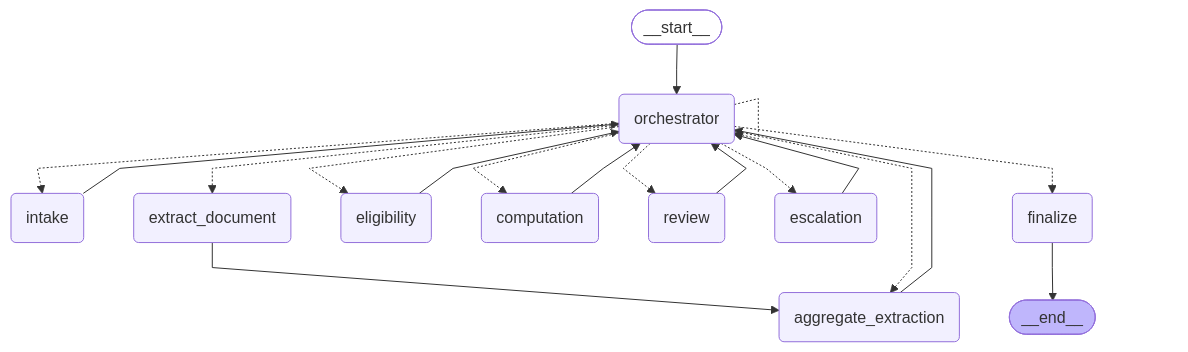
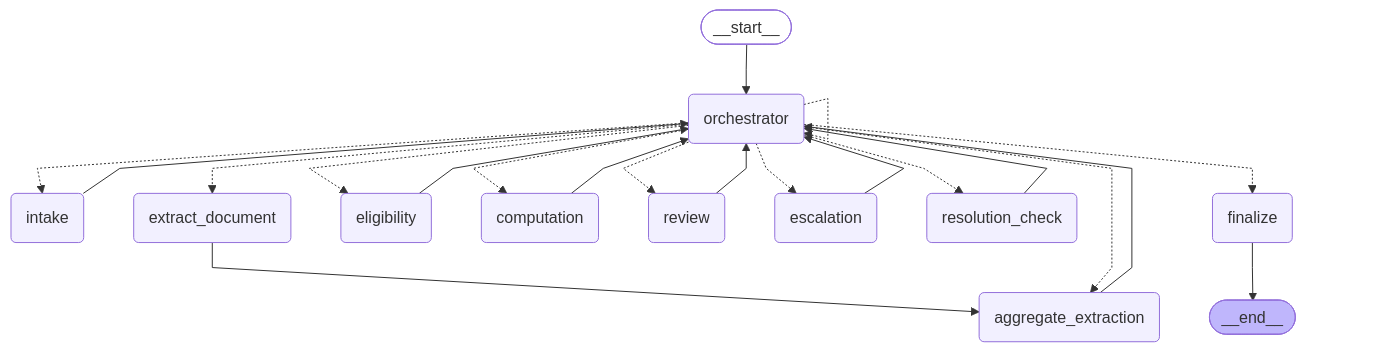
Before and after one commit to Ash1129/silverfile: the diagram in docs/graph.mmd, drawn with Mermaid. The commit also changed 3 other files, not shown here.

First line of the commit message:
Orchestration: flow tests, tests for the new human-review routing rows, updated graph diagram

```diff
--- a/docs/graph.mmd
+++ b/docs/graph.mmd
@@ -1,38 +1,41 @@
 ---
 config:
   flowchart:
     curve: linear
 ---
 graph TD;
 	__start__([<p>__start__</p>]):::first
 	orchestrator(orchestrator)
 	intake(intake)
 	extract_document(extract_document)
 	aggregate_extraction(aggregate_extraction)
 	eligibility(eligibility)
 	computation(computation)
 	review(review)
 	escalation(escalation)
+	resolution_check(resolution_check)
 	finalize(finalize)
 	__end__([<p>__end__</p>]):::last
 	__start__ --> orchestrator;
 	aggregate_extraction --> orchestrator;
 	computation --> orchestrator;
 	eligibility --> orchestrator;
 	escalation --> orchestrator;
 	extract_document --> aggregate_extraction;
 	intake --> orchestrator;
 	orchestrator -.-> aggregate_extraction;
 	orchestrator -.-> computation;
 	orchestrator -.-> eligibility;
 	orchestrator -.-> escalation;
 	orchestrator -.-> extract_document;
 	orchestrator -.-> finalize;
 	orchestrator -.-> intake;
+	orchestrator -.-> resolution_check;
 	orchestrator -.-> review;
+	resolution_check --> orchestrator;
 	review --> orchestrator;
 	finalize --> __end__;
 	orchestrator -.-> orchestrator;
 	classDef default fill:#f2f0ff,line-height:1.2
 	classDef first fill-opacity:0
 	classDef last fill:#bfb6fc
```
